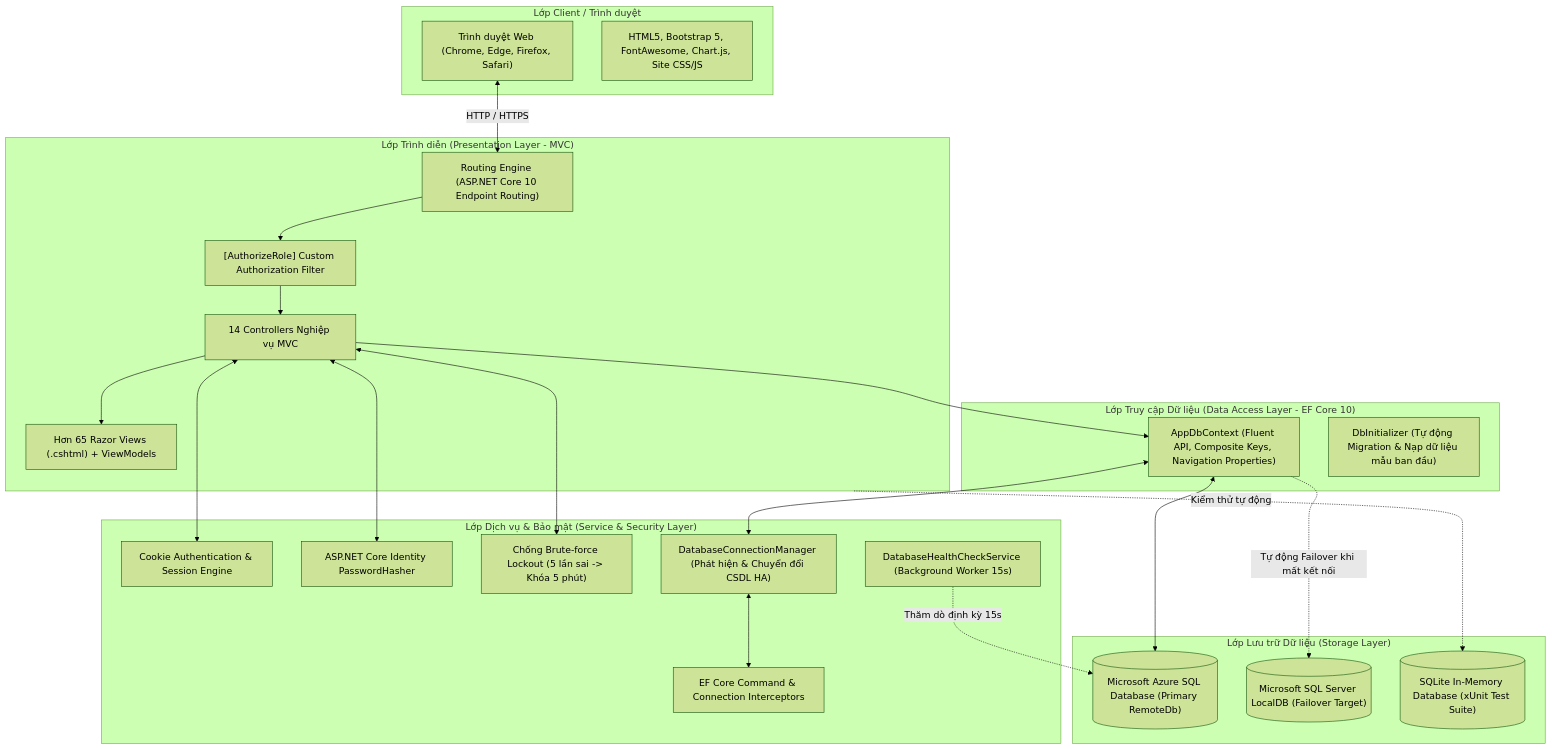
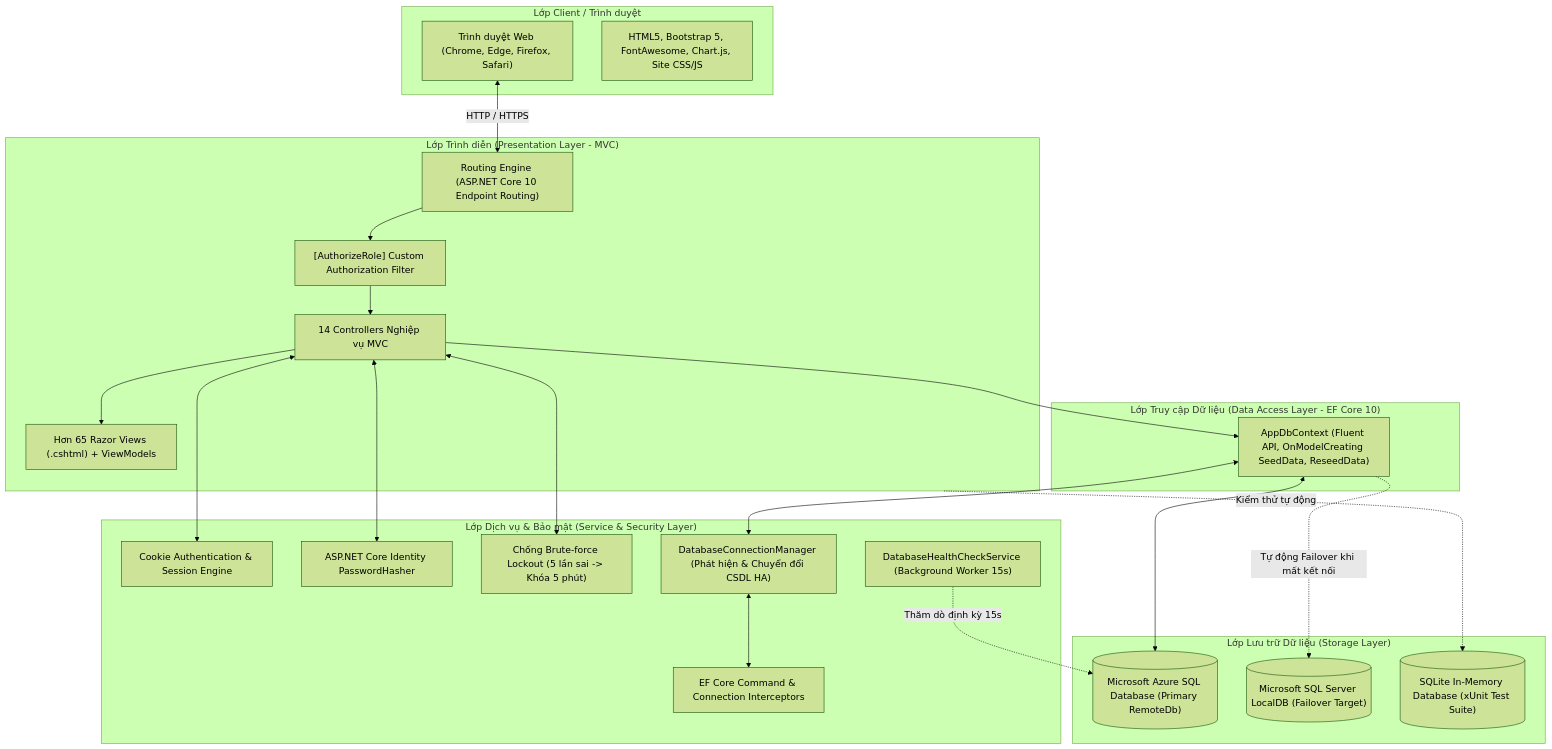
The diagram in docs/ARCHITECTURE_AND_STRUCTURE.md (xuanhaivptthn/QuanLyKhoHang_UNETI01_TI17A3HN), drawn with Mermaid (forest theme) before and after one commit. The commit also changed other lines of this file and 13 other files, not shown here.

Commit message:
[23103100135-Trần Xuân Hải] Tạo thêm dữ liệu mẫu

````diff
--- a/docs/ARCHITECTURE_AND_STRUCTURE.md
+++ b/docs/ARCHITECTURE_AND_STRUCTURE.md
@@ -13,49 +13,48 @@
 ```mermaid
 flowchart TD
     subgraph Client_Layer["Lớp Client / Trình duyệt"]
         Browser["Trình duyệt Web (Chrome, Edge, Firefox, Safari)"]
         UI_Assets["HTML5, Bootstrap 5, FontAwesome, Chart.js, Site CSS/JS"]
     end
 
     subgraph Presentation_Layer["Lớp Trình diễn (Presentation Layer - MVC)"]
         Routing["Routing Engine (ASP.NET Core 10 Endpoint Routing)"]
         AuthFilter["[AuthorizeRole] Custom Authorization Filter"]
         Controllers["14 Controllers Nghiệp vụ MVC"]
         Views["Hơn 65 Razor Views (.cshtml) + ViewModels"]
     end
 
     subgraph Service_Security_Layer["Lớp Dịch vụ & Bảo mật (Service & Security Layer)"]
         CookieAuth["Cookie Authentication & Session Engine"]
         IdentityHasher["ASP.NET Core Identity PasswordHasher<TaiKhoan>"]
         LockoutSec["Chống Brute-force Lockout (5 lần sai -> Khóa 5 phút)"]
         DbConnMgr["DatabaseConnectionManager (Phát hiện & Chuyển đổi CSDL HA)"]
         DbInterceptors["EF Core Command & Connection Interceptors"]
         HealthCheck["DatabaseHealthCheckService (Background Worker 15s)"]
     end
 
     subgraph Data_Layer["Lớp Truy cập Dữ liệu (Data Access Layer - EF Core 10)"]
-        DbContext["AppDbContext (Fluent API, Composite Keys, Navigation Properties)"]
-        DbSeed["DbInitializer (Tự động Migration & Nạp dữ liệu mẫu ban đầu)"]
+        DbContext["AppDbContext (Fluent API, OnModelCreating SeedData, ReseedData)"]
     end
 
     subgraph Storage_Layer["Lớp Lưu trữ Dữ liệu (Storage Layer)"]
         RemoteDB[("Microsoft Azure SQL Database (Primary RemoteDb)")]
         LocalDB[("Microsoft SQL Server LocalDB (Failover Target)")]
         SqliteMem[("SQLite In-Memory Database (xUnit Test Suite)")]
     end
 
     Browser <-->|HTTP / HTTPS| Routing
     Routing --> AuthFilter
     AuthFilter --> Controllers
     Controllers --> Views
     Controllers <--> CookieAuth
     Controllers <--> IdentityHasher
     Controllers <--> LockoutSec
     Controllers --> DbContext
     DbContext <--> DbConnMgr
     DbConnMgr <--> DbInterceptors
     HealthCheck -.->|Thăm dò định kỳ 15s| RemoteDB
     DbContext <--> RemoteDB
     DbContext -.->|Tự động Failover khi mất kết nối| LocalDB
     Presentation_Layer -.->|Kiểm thử tự động| SqliteMem
 ```
````
